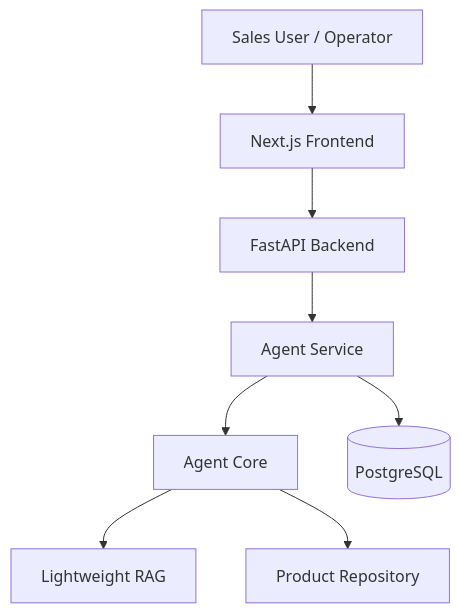
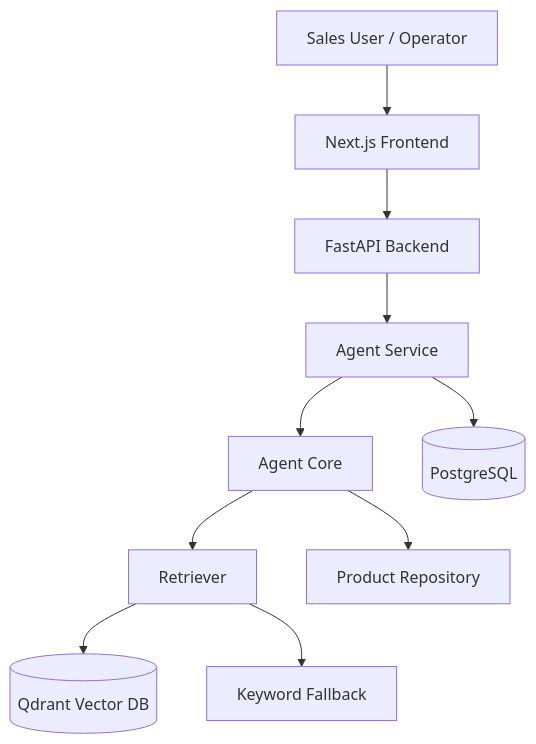
One commit to orrin900-lab/industrial-automation-inquiry-agent changed the first of 2 diagrams in docs/architecture.md. Above: the diagram before and after it, drawn with Mermaid. The commit also changed other lines of this file and 19 other files, not shown here.

Commit message:
add qdrant rag retrieval with keyword fallback

````diff
--- a/docs/architecture.md
+++ b/docs/architecture.md
@@ -5,10 +5,12 @@
 ```mermaid
 flowchart TD
     U["Sales User / Operator"] --> F["Next.js Frontend"]
     F --> B["FastAPI Backend"]
     B --> S["Agent Service"]
     S --> A["Agent Core"]
-    A --> R["Lightweight RAG"]
+    A --> R["Retriever"]
+    R --> Q[("Qdrant Vector DB")]
+    R --> K["Keyword Fallback"]
     A --> P["Product Repository"]
     S --> DB[("PostgreSQL")]
 ```
````
